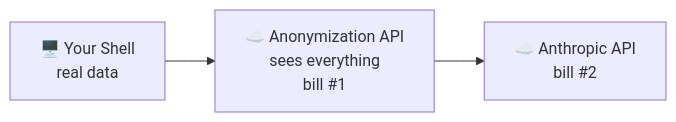
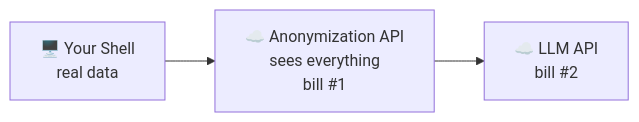
The second of 5 diagrams in README.md (jaimegk/ProxIA), drawn with Mermaid before and after one commit. The commit also changed other lines of this file, not shown here.

First line of the commit message:
docs(readme): provider-agnostic diagrams, local quickstart, merge anti-cloud sections, add providers to docs table

````diff
--- a/README.md
+++ b/README.md
@@ -59,5 +52,5 @@
 ```mermaid
 flowchart LR
     s0["🖥️ Your Shell\nreal data"] --> a0["☁️ Anonymization API\nsees everything\nbill #1"]
-    a0 --> c0["☁️ Anthropic API\nbill #2"]
+    a0 --> c0["☁️ LLM API\nbill #2"]
 ```
````
